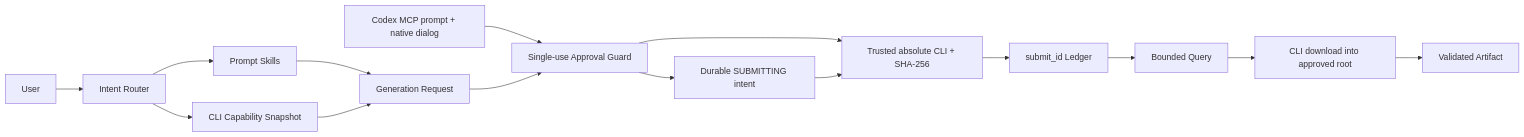
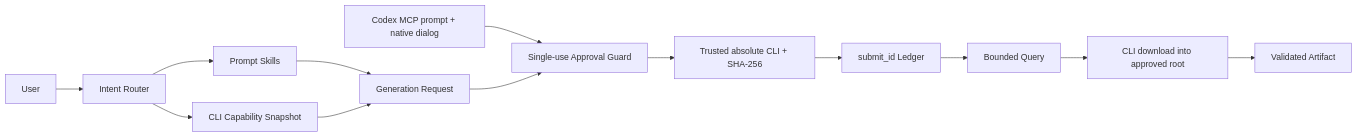
The second of 2 diagrams in docs/Codex-Dreamina-Design-Plugin-Architecture.md (full-aigc-plugins/dreamina-design-plugin), drawn with Mermaid before and after one commit. The commit also changed other lines of this file and 3 other files, not shown here.

First line of the commit message:
docs: restructure the architecture and solution pairs

````diff
--- a/docs/Codex-Dreamina-Design-Plugin-Architecture.md
+++ b/docs/Codex-Dreamina-Design-Plugin-Architecture.md
@@ -27,17 +61,15 @@
 ```mermaid
 flowchart LR
     User --> Router[Intent Router]
     Router --> Prompt[Prompt Skills]
     Router --> Capability[CLI Capability Snapshot]
     Prompt --> Request[Generation Request]
     Capability --> Request
     UI[Codex MCP prompt + native dialog] --> Approval[Single-use Approval Guard]
     Request --> Approval
-    Approval --> CLI[dreamina CLI]
-    Approval --> Intent[Durable SUBMITTING intent]
-    Intent --> CLI[Trusted absolute CLI + SHA-256]
-    CLI --> Ledger[submit_id Ledger]
+    Approval --> Trust[Trusted absolute CLI + SHA-256]
+    Trust --> Ledger[submit_id Ledger]
     Ledger --> Query[Bounded Query]
     Query --> Download[CLI download into approved root]
     Download --> Artifact[Validated Artifact]
 ```
````
